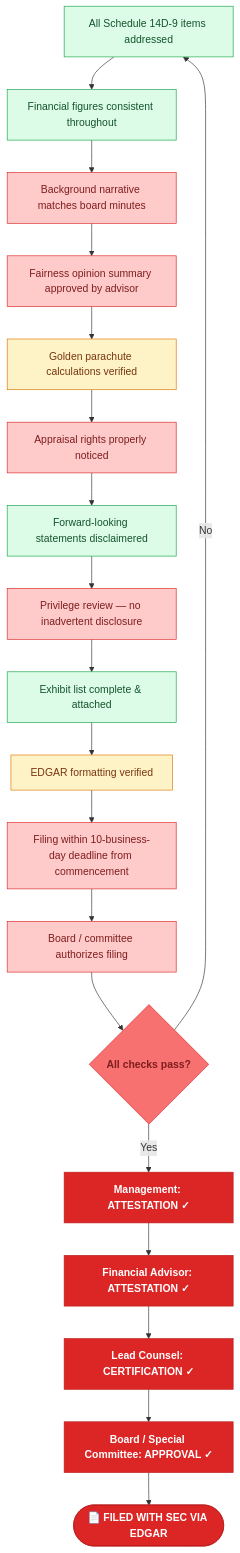
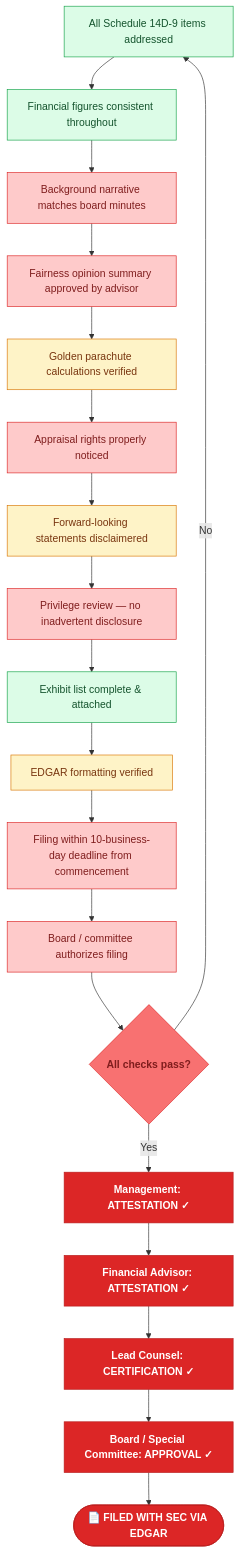
Diagram 14 of 14 in README.md (mrchanpark/14D-9), drawn with Mermaid before and after one commit. The commit also changed other lines of this file and 2 other files, not shown here.

````diff
--- a/README.md
+++ b/README.md
@@ -304,26 +304,26 @@
 ```mermaid
 flowchart TD
   Q1["All Schedule 14D-9 items addressed"]:::grn --> Q2["Financial figures consistent throughout"]:::grn
   Q2 --> Q3["Background narrative matches board minutes"]:::red
   Q3 --> Q4["Fairness opinion summary approved by advisor"]:::red
   Q4 --> Q5["Golden parachute calculations verified"]:::yel
   Q5 --> Q6["Appraisal rights properly noticed"]:::red
-  Q6 --> Q7["Forward-looking statements disclaimered"]:::grn
+  Q6 --> Q7["Forward-looking statements disclaimered"]:::yel
   Q7 --> Q8["Privilege review — no inadvertent disclosure"]:::red
   Q8 --> Q9["Exhibit list complete & attached"]:::grn
   Q9 --> Q10["EDGAR formatting verified"]:::yel
   Q10 --> Q11["Filing within 10-business-day deadline from commencement"]:::red
   Q11 --> Q12["Board / committee authorizes filing"]:::red
   Q12 --> QP{"All checks pass?"}:::redD
   QP -- No --> Q1
   QP -- Yes --> S1x["Management: ATTESTATION ✓"]:::redM
   S1x --> S2x["Financial Advisor: ATTESTATION ✓"]:::redM
   S2x --> S3x["Lead Counsel: CERTIFICATION ✓"]:::redM
   S3x --> S4x["Board / Special Committee: APPROVAL ✓"]:::redM
   S4x --> DONE(["📄 FILED WITH SEC VIA EDGAR"]):::redM
   classDef red fill:#fecaca,stroke:#dc2626,color:#7f1d1d
   classDef redD fill:#f87171,stroke:#dc2626,color:#7f1d1d,font-weight:700
   classDef redM fill:#dc2626,stroke:#b91c1c,color:#fff,font-weight:700
   classDef yel fill:#fef3c7,stroke:#d97706,color:#78350f
   classDef grn fill:#dcfce7,stroke:#16a34a,color:#14532d
 ```
````
